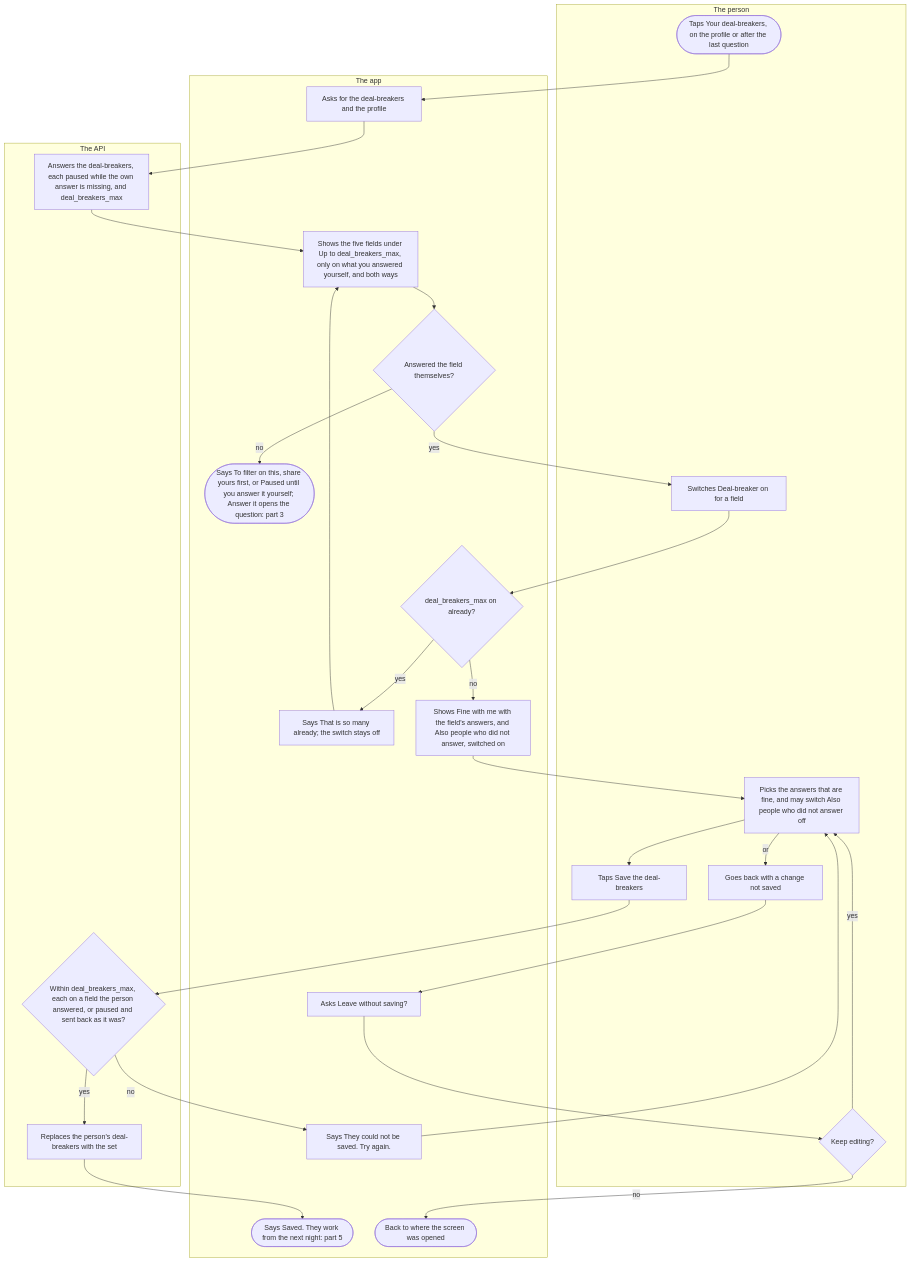
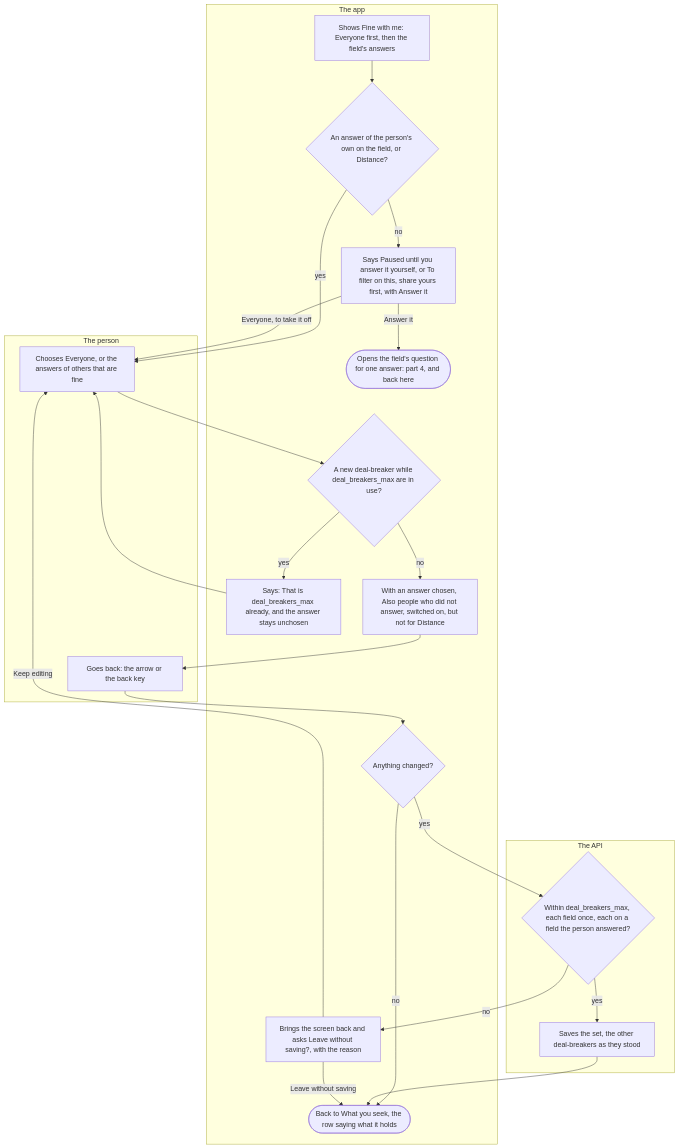
One commit to kuutti-ry/kuutti-app changed the sixth of 7 diagrams in docs/flows/profile.md. Above: the diagram before and after it, drawn with Mermaid. The commit also changed other lines of this file and 41 other files, not shown here.

First line of the commit message:
Redraw the user flows against today's main, held by check:docs

````diff
--- a/docs/flows/profile.md
+++ b/docs/flows/profile.md
@@ -176,41 +356,43 @@
 ```mermaid
 flowchart TB
-  accTitle: Setting deal-breakers
-  accDescr: The person switches on up to deal_breakers_max deal-breakers, only on fields they answered themselves, picks the answers of others that are fine with them, and saves. A new deal-breaker lets through people who did not answer until switched off.
+  accTitle: A deal-breaker's screen
+  accDescr: A deal-breaker has a screen of its own, Everyone first and then the answers of others that are fine, saved on leaving. It needs the person's own answer on its field, and a new one past deal_breakers_max is refused on the screen. A refused save brings the screen back with the reason.
   subgraph person["The person"]
-    s45(["Taps Your deal-breakers, on the profile or after the last question"])
-    s51["Switches Deal-breaker on for a field"]
-    s55["Picks the answers that are fine, and may switch Also people who did not answer off"]
-    s56["Taps Save the deal-breakers"]
-    s61["Goes back with a change not saved"]
-    s63{"Keep editing?"}
+    s79["Chooses Everyone, or the answers of others that are fine"]
+    s83["Goes back: the arrow or the back key"]
   end
   subgraph app["The app"]
-    s46["Asks for the deal-breakers and the profile"]
-    s48["Shows the five fields under Up to deal_breakers_max, only on what you answered yourself, and both ways"]
-    s49{"Answered the field themselves?"}
-    s50(["Says To filter on this, share yours first, or Paused until you answer it yourself; Answer it opens the question: part 3"])
-    s52{"deal_breakers_max on already?"}
-    s53["Says That is so many already; the switch stays off"]
-    s54["Shows Fine with me with the field's answers, and Also people who did not answer, switched on"]
-    s58["Says They could not be saved. Try again."]
-    s60(["Says Saved. They work from the next night: part 5"])
-    s62["Asks Leave without saving?"]
-    s64(["Back to where the screen was opened"])
+    s75["Shows Fine with me: Everyone first, then the field's answers"]
+    s76{"An answer of the person's own on the field, or Distance?"}
+    s77["Says Paused until you answer it yourself, or To filter on this, share yours first, with Answer it"]
+    s78(["Opens the field's question for one answer: part 4, and back here"])
+    s80{"A new deal-breaker while deal_breakers_max are in use?"}
+    s81["Says: That is deal_breakers_max already, and the answer stays unchosen"]
+    s82["With an answer chosen, Also people who did not answer, switched on, but not for Distance"]
+    s84{"Anything changed?"}
+    s87["Brings the screen back and asks Leave without saving?, with the reason"]
+    s88(["Back to What you seek, the row saying what it holds"])
   end
   subgraph api["The API"]
-    s47["Answers the deal-breakers, each paused while the own answer is missing, and deal_breakers_max"]
-    s57{"Within deal_breakers_max, each on a field the person answered, or paused and sent back as it was?"}
-    s59["Replaces the person's deal-breakers with the set"]
+    s85{"Within deal_breakers_max, each field once, each on a field the person answered?"}
+    s86["Saves the set, the other deal-breakers as they stood"]
   end
-  s45 --> s46 --> s47 --> s48 --> s49
-  s49 -->|"no"| s50
-  s49 -->|"yes"| s51 --> s52
-  s52 -->|"yes"| s53 --> s48
-  s52 -->|"no"| s54 --> s55 --> s56 --> s57
-  s57 -->|"no"| s58 --> s55
-  s57 -->|"yes"| s59 --> s60
-  s55 -->|"or"| s61 --> s62 --> s63
-  s63 -->|"yes"| s55
-  s63 -->|"no"| s64
+  s75 --> s76
+  s76 -->|"no"| s77
+  s76 -->|"yes"| s79
+  s77 -->|"Answer it"| s78
+  s77 -->|"Everyone, to take it off"| s79
+  s79 --> s80
+  s80 -->|"yes"| s81
+  s81 --> s79
+  s80 -->|"no"| s82
+  s82 --> s83
+  s83 --> s84
+  s84 -->|"no"| s88
+  s84 -->|"yes"| s85
+  s85 -->|"no"| s87
+  s85 -->|"yes"| s86
+  s86 --> s88
+  s87 -->|"Keep editing"| s79
+  s87 -->|"Leave without saving"| s88
 ```
````
